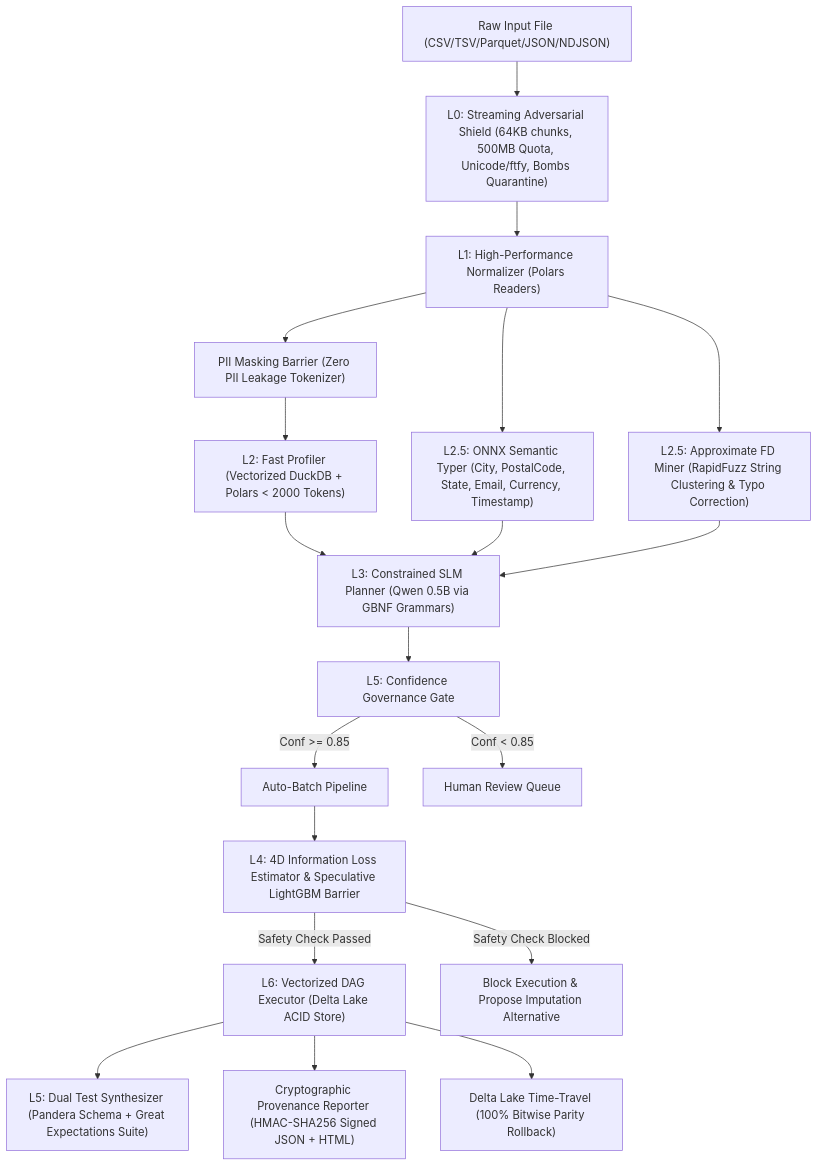
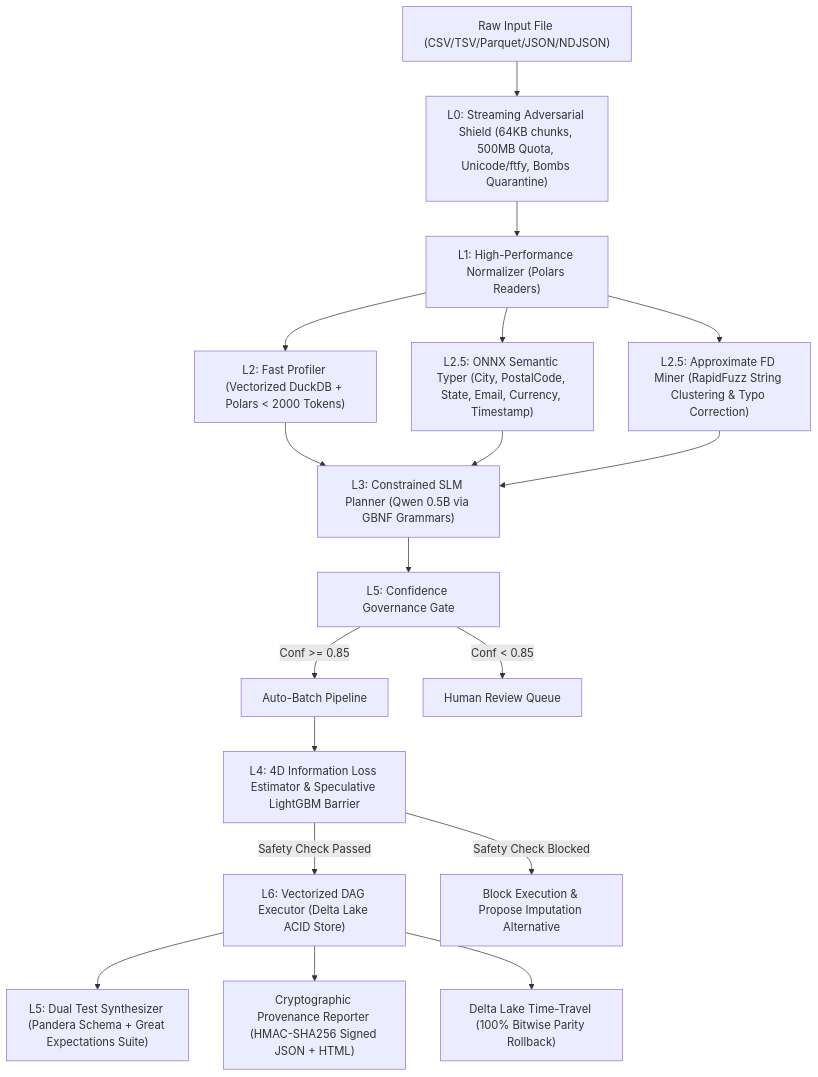
Before and after one commit to RakeshSaripilly/Team-NARVL: the diagram in README.md, drawn with Mermaid. The commit also changed other lines of this file and 9 other files, not shown here.

````diff
--- a/README.md
+++ b/README.md
@@ -15,25 +15,24 @@
 ```mermaid
 flowchart TD
     RawData["Raw Input File (CSV/TSV/Parquet/JSON/NDJSON)"] --> L0["L0: Streaming Adversarial Shield (64KB chunks, 500MB Quota, Unicode/ftfy, Bombs Quarantine)"]
     L0 --> L1["L1: High-Performance Normalizer (Polars Readers)"]
-    L1 --> PII["PII Masking Barrier (Zero PII Leakage Tokenizer)"]
-    PII --> L2["L2: Fast Profiler (Vectorized DuckDB + Polars < 2000 Tokens)"]
+    L1 --> L2["L2: Fast Profiler (Vectorized DuckDB + Polars < 2000 Tokens)"]
     L1 --> L25["L2.5: ONNX Semantic Typer (City, PostalCode, State, Email, Currency, Timestamp)"]
     L1 --> FD["L2.5: Approximate FD Miner (RapidFuzz String Clustering & Typo Correction)"]
     
     L2 --> L3["L3: Constrained SLM Planner (Qwen 0.5B via GBNF Grammars)"]
     L25 --> L3
     FD --> L3
     
     L3 --> L5Gate["L5: Confidence Governance Gate"]
     L5Gate -->|Conf >= 0.85| Auto["Auto-Batch Pipeline"]
     L5Gate -->|Conf < 0.85| Review["Human Review Queue"]
     
     Auto --> L4["L4: 4D Information Loss Estimator & Speculative LightGBM Barrier"]
     L4 -->|Safety Check Passed| L6["L6: Vectorized DAG Executor (Delta Lake ACID Store)"]
     L4 -->|Safety Check Blocked| Halt["Block Execution & Propose Imputation Alternative"]
     
     L6 --> L5Val["L5: Dual Test Synthesizer (Pandera Schema + Great Expectations Suite)"]
     L6 --> Prov["Cryptographic Provenance Reporter (HMAC-SHA256 Signed JSON + HTML)"]
     L6 --> Rollback["Delta Lake Time-Travel (100% Bitwise Parity Rollback)"]
 ```
````
